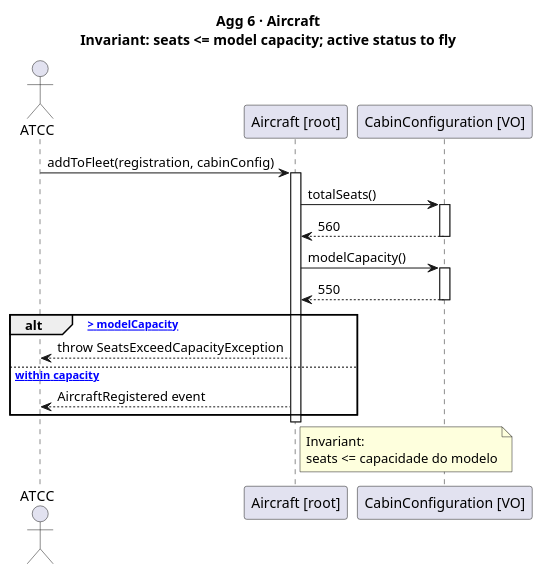
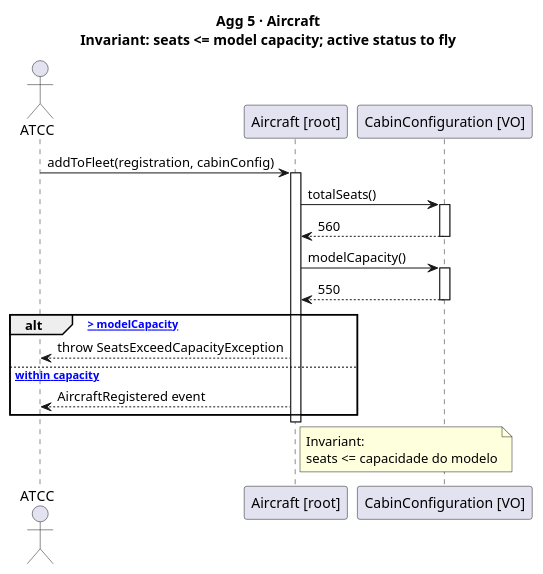
The diagram in docs/Agg05.puml (DuartePinto1240/sem4pi2526-sem4pi2526_2da2), drawn with PlantUML before and after one commit. The commit also changed 2 other files, not shown here.

```diff
--- a/docs/Agg05.puml
+++ b/docs/Agg05.puml
@@ -1,34 +1,34 @@
 @startuml US011_Agg06_Aircraft
-title Agg 6 · Aircraft\nInvariant: seats <= model capacity; active status to fly
+title Agg 5 · Aircraft\nInvariant: seats <= model capacity; active status to fly
 
 actor ATCC
 participant "Aircraft [root]" as Aircraft
 participant "CabinConfiguration [VO]" as Cabin
 
 ATCC -> Aircraft : addToFleet(registration, cabinConfig)
 activate Aircraft
 
 Aircraft -> Cabin : totalSeats()
 activate Cabin
 Cabin --> Aircraft : 560
 deactivate Cabin
 
 Aircraft -> Cabin : modelCapacity()
 activate Cabin
 Cabin --> Aircraft : 550
 deactivate Cabin
 
 alt [totalSeats > modelCapacity]
     Aircraft --> ATCC : throw SeatsExceedCapacityException
 else [seats within capacity]
     Aircraft --> ATCC : AircraftRegistered event
 end
 
 deactivate Aircraft
 
 note right of Aircraft
   Invariant:
   seats <= capacidade do modelo
 end note
 
 @enduml
```
